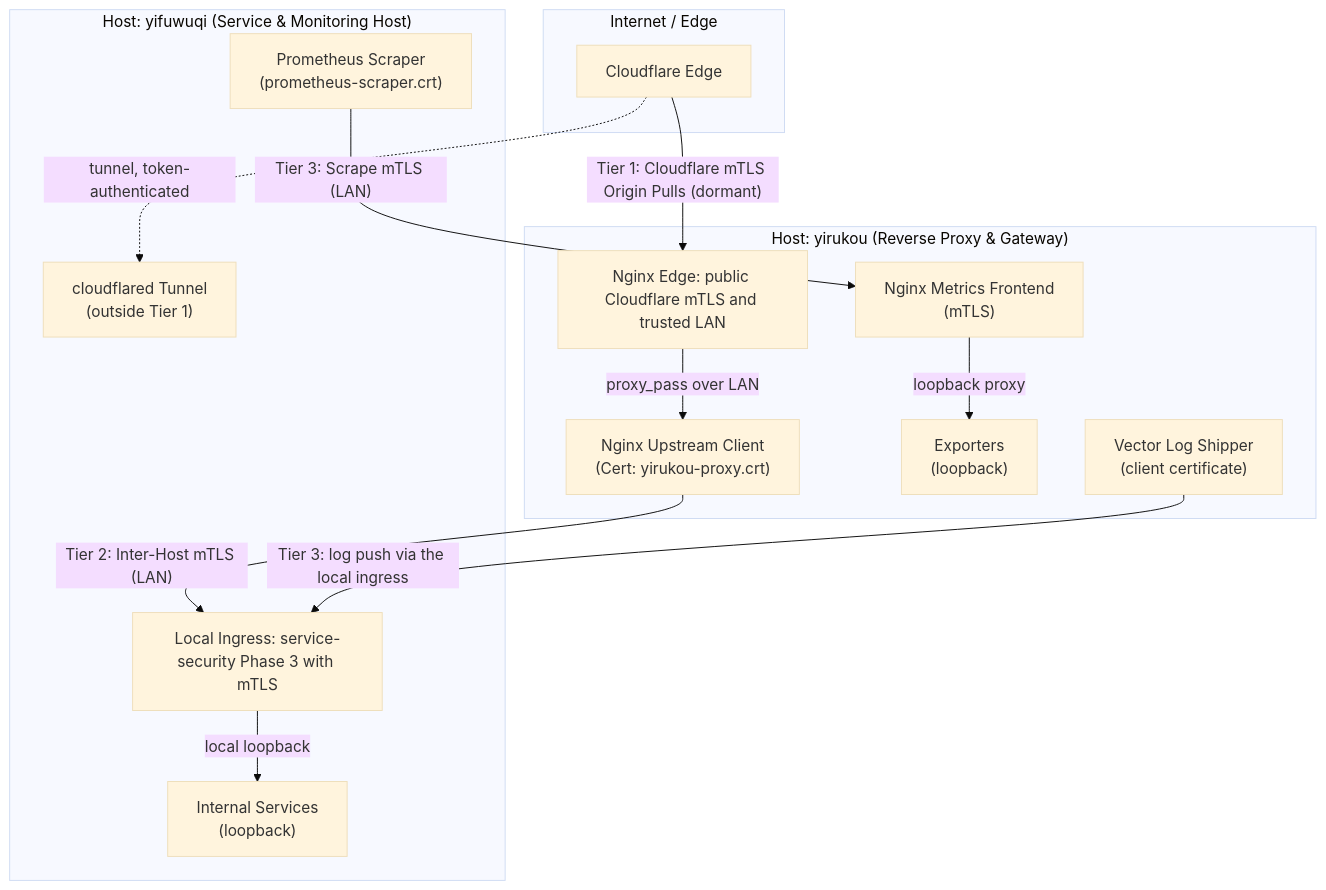
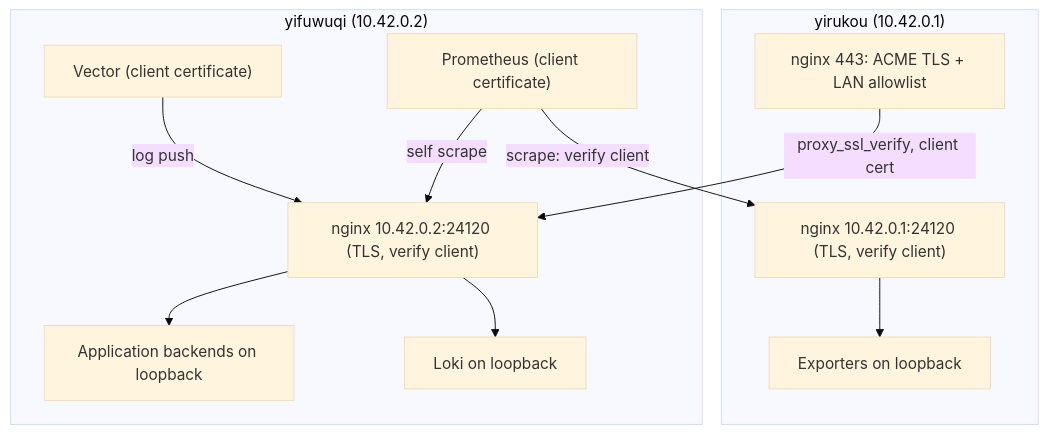
Before and after one commit to categoricalcat/nixos: the first of 2 diagrams in docs/src/plans/mtls-architecture-plan.md, drawn with Mermaid (base theme). The commit also changed other lines of this file and 4 other files, not shown here.

First line of the commit message:
Revise the architecture plans against the deployed ingress.

````diff
--- a/docs/src/plans/mtls-architecture-plan.md
+++ b/docs/src/plans/mtls-architecture-plan.md
@@ -121,31 +102,24 @@
 ```mermaid
 flowchart TD
-    subgraph Internet["Internet / Edge"]
-        CF["Cloudflare Edge"]
+    subgraph Yirukou["yirukou (10.42.0.1)"]
+        YEdge["nginx 443: ACME TLS + LAN allowlist"]
+        YIngress["nginx 10.42.0.1:24120 (TLS, verify client)"]
+        YExp["Exporters on loopback"]
     end
 
-    subgraph Yirukou["Host: yirukou (Reverse Proxy & Gateway)"]
-        Y_INGRESS["Nginx Edge: public Cloudflare mTLS and trusted LAN"]
-        Y_UPSTREAM["Nginx Upstream Client<br/>(Cert: yirukou-proxy.crt)"]
-        Y_METRICS["Nginx Metrics Frontend<br/>(mTLS)"]
-        Y_EXPORTER["Exporters<br/>(loopback)"]
-        Y_VECTOR["Vector Log Shipper<br/>(client certificate)"]
-        Y_INGRESS -->|proxy_pass over LAN| Y_UPSTREAM
-        Y_METRICS -->|loopback proxy| Y_EXPORTER
+    subgraph Yifuwuqi["yifuwuqi (10.42.0.2)"]
+        FIngress["nginx 10.42.0.2:24120 (TLS, verify client)"]
+        FApp["Application backends on loopback"]
+        FLoki["Loki on loopback"]
+        FProm["Prometheus (client certificate)"]
+        FVector["Vector (client certificate)"]
     end
 
-    subgraph Yifuwuqi["Host: yifuwuqi (Service & Monitoring Host)"]
-        F_BACKEND["Local Ingress: service-security Phase 3 with mTLS"]
-        F_SERVICES["Internal Services<br/>(loopback)"]
-        F_PROMETHEUS["Prometheus Scraper<br/>(prometheus-scraper.crt)"]
-        F_TUNNEL["cloudflared Tunnel<br/>(outside Tier 1)"]
-
-        F_BACKEND -->|local loopback| F_SERVICES
-    end
-
-    CF -->|"Tier 1: Cloudflare mTLS Origin Pulls (dormant)"| Y_INGRESS
-    CF -.->|"tunnel, token-authenticated"| F_TUNNEL
-    Y_UPSTREAM -->|"Tier 2: Inter-Host mTLS (LAN)"| F_BACKEND
-    Y_VECTOR -->|"Tier 3: log push via the local ingress"| F_BACKEND
-    F_PROMETHEUS -->|"Tier 3: Scrape mTLS (LAN)"| Y_METRICS
+    YEdge -->|"proxy_ssl_verify, client cert"| FIngress
+    FIngress --> FApp
+    FIngress --> FLoki
+    FProm -->|"scrape: verify client"| YIngress
+    FProm -->|"self scrape"| FIngress
+    FVector -->|"log push"| FIngress
+    YIngress --> YExp
 ```
````
